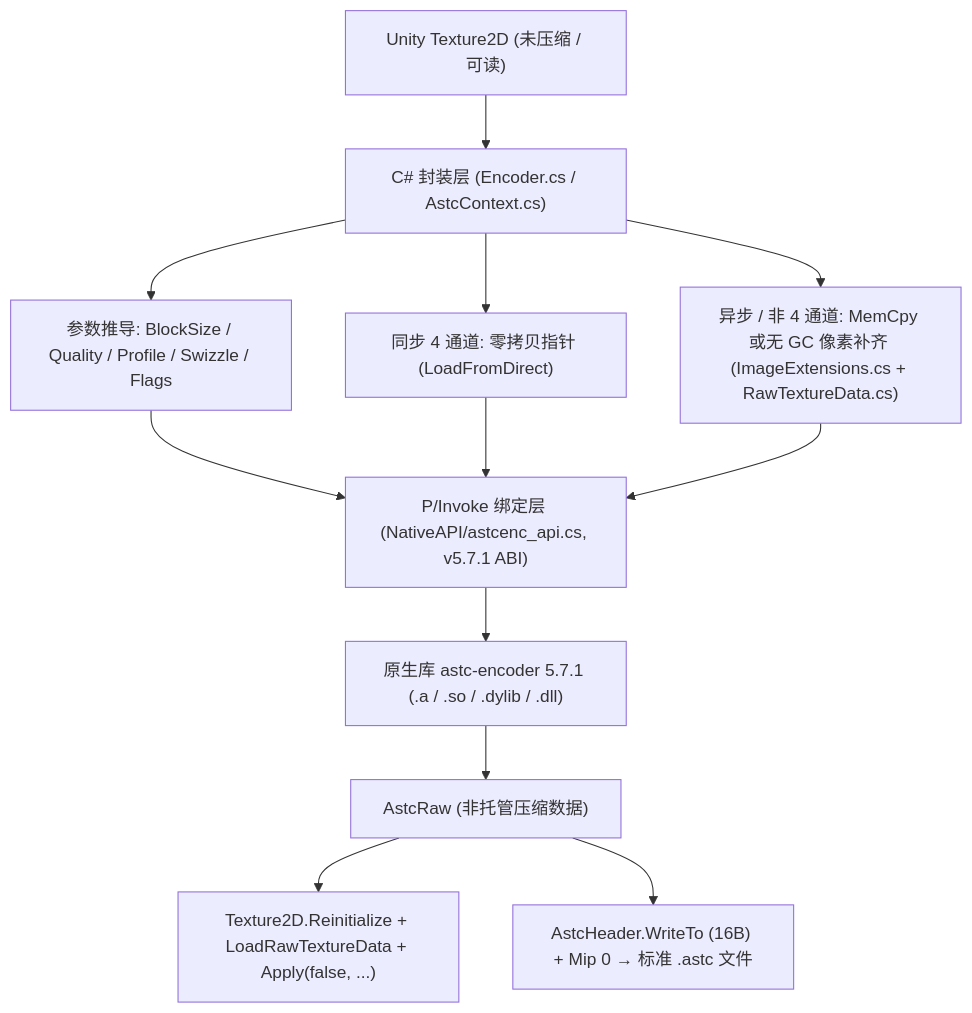
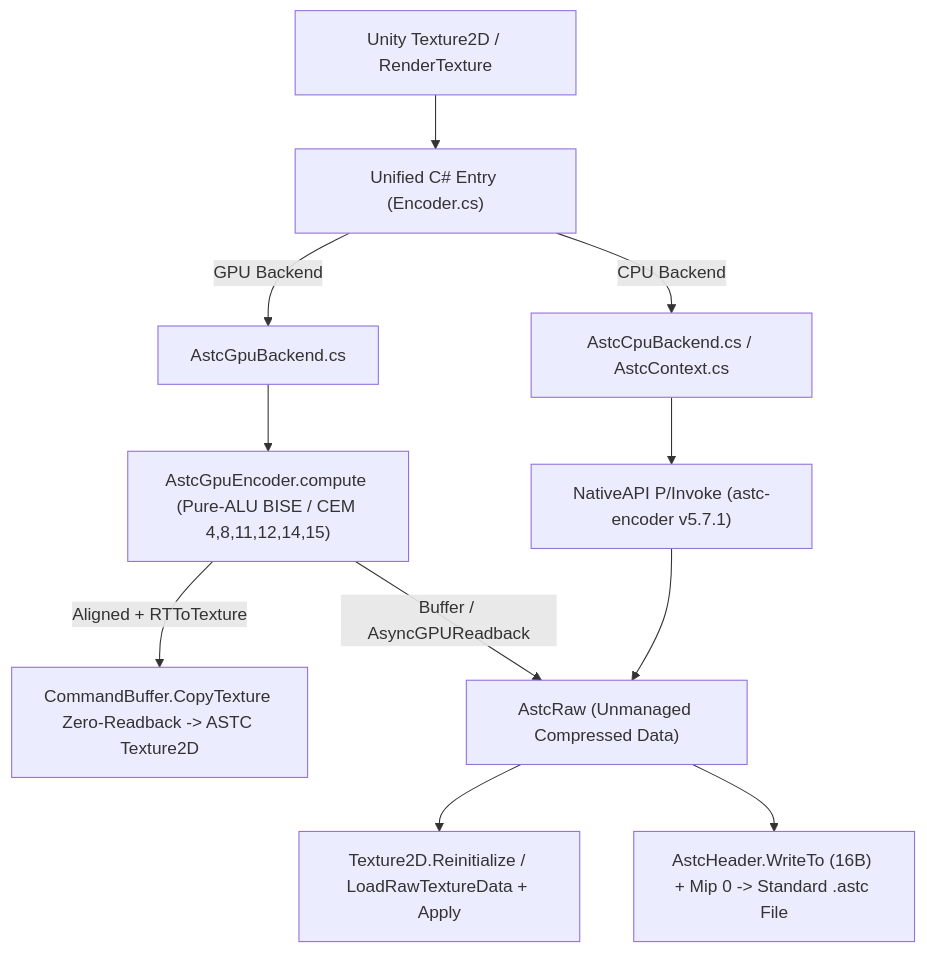
One commit to Overflowu/Runtime-ASTC-Encoder-For-Unity changed the diagram in README.md. Above: the diagram before and after it, drawn with Mermaid. The commit also changed other lines of this file and 1 other file, not shown here.

````diff
--- a/README.md
+++ b/README.md
@@ -285,14 +288,13 @@
 ```mermaid
 flowchart TD
-    A["Unity Texture2D (未压缩 / 可读)"] --> B["C# 封装层 (Encoder.cs / AstcContext.cs)"]
-    B --> C["参数推导: BlockSize / Quality / Profile / Swizzle / Flags"]
-    B --> D1["同步 4 通道: 零拷贝指针 (LoadFromDirect)"]
-    B --> D2["异步 / 非 4 通道: MemCpy 或无 GC 像素补齐 (ImageExtensions.cs + RawTextureData.cs)"]
-    C --> E["P/Invoke 绑定层 (NativeAPI/astcenc_api.cs, v5.7.1 ABI)"]
-    D1 --> E
-    D2 --> E
-    E --> F["原生库 astc-encoder 5.7.1 (.a / .so / .dylib / .dll)"]
-    F --> G["AstcRaw (非托管压缩数据)"]
-    G --> H1["Texture2D.Reinitialize + LoadRawTextureData + Apply(false, ...)"]
-    G --> H2["AstcHeader.WriteTo (16B) + Mip 0 → 标准 .astc 文件"]
+    A["Unity Texture2D / RenderTexture"] --> B["Unified C# Entry (Encoder.cs)"]
+    B -->|GPU Backend| G1["AstcGpuBackend.cs"]
+    G1 --> G2["AstcGpuEncoder.compute (Pure-ALU BISE / CEM 4,8,11,12,14,15)"]
+    G2 -->|Aligned + RTToTexture| G3["CommandBuffer.CopyTexture Zero-Readback -> ASTC Texture2D"]
+    G2 -->|Buffer / AsyncGPUReadback| G4["AstcRaw (Unmanaged Compressed Data)"]
+    B -->|CPU Backend| C1["AstcCpuBackend.cs / AstcContext.cs"]
+    C1 --> C2["NativeAPI P/Invoke (astc-encoder v5.7.1)"]
+    C2 --> G4
+    G4 --> H1["Texture2D.Reinitialize / LoadRawTextureData + Apply"]
+    G4 --> H2["AstcHeader.WriteTo (16B) + Mip 0 -> Standard .astc File"]
 ```
````
